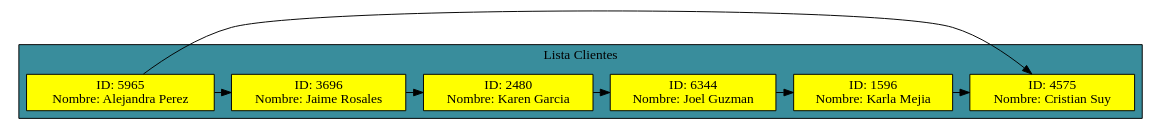
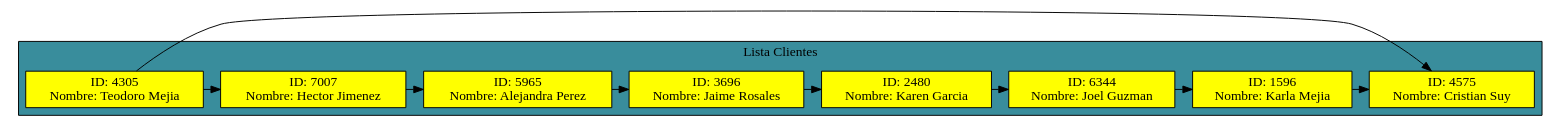
Before and after one commit to ELVISJVV/EDD_VJ1S2023_PY_202006666: the diagram in listaCircular.dot, drawn with Graphviz. The commit also changed 11 other files, not shown here.

```diff
--- a/listaCircular.dot
+++ b/listaCircular.dot
@@ -1,32 +1,40 @@
 digraph L{
 node [shape=box fillcolor="#FFEDBB" style = filled]
 subgraph cluster_p{
 label="Lista Clientes "
 bgcolor = "#398D9C"
 Columna1[label = "ID: 4575
 Nombre: Cristian Suy", fillcolor=yellow];
 Columna2[label = "ID: 1596
 Nombre: Karla Mejia", fillcolor=yellow];
 Columna3[label = "ID: 6344
 Nombre: Joel Guzman", fillcolor=yellow];
 Columna4[label = "ID: 2480
 Nombre: Karen Garcia", fillcolor=yellow];
 Columna5[label = "ID: 3696
 Nombre: Jaime Rosales", fillcolor=yellow];
 Columna6[label = "ID: 5965
 Nombre: Alejandra Perez", fillcolor=yellow];
+Columna7[label = "ID: 7007
+Nombre: Hector Jimenez", fillcolor=yellow];
+Columna8[label = "ID: 4305
+Nombre: Teodoro Mejia", fillcolor=yellow];
 {rank = same;
 Columna1;
 Columna2;
 Columna3;
 Columna4;
 Columna5;
-Columna6}
+Columna6;
+Columna7;
+Columna8}
+Columna8-> Columna7;
+Columna7-> Columna6;
 Columna6-> Columna5;
 Columna5-> Columna4;
 Columna4-> Columna3;
 Columna3-> Columna2;
 Columna2-> Columna1;
-Columna6-> Columna1;
+Columna8-> Columna1;
 }
 }
```
